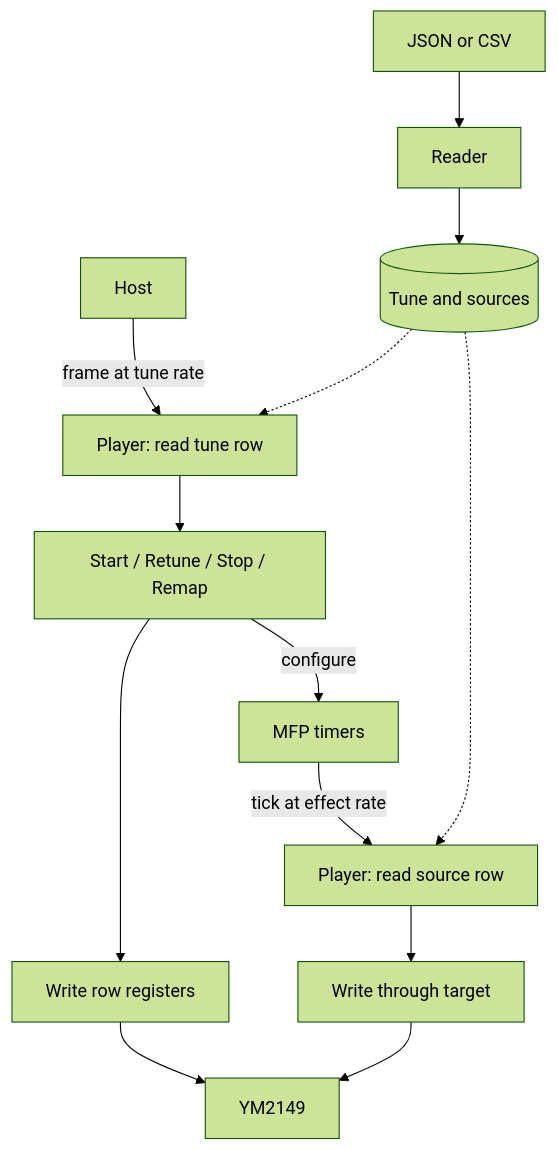
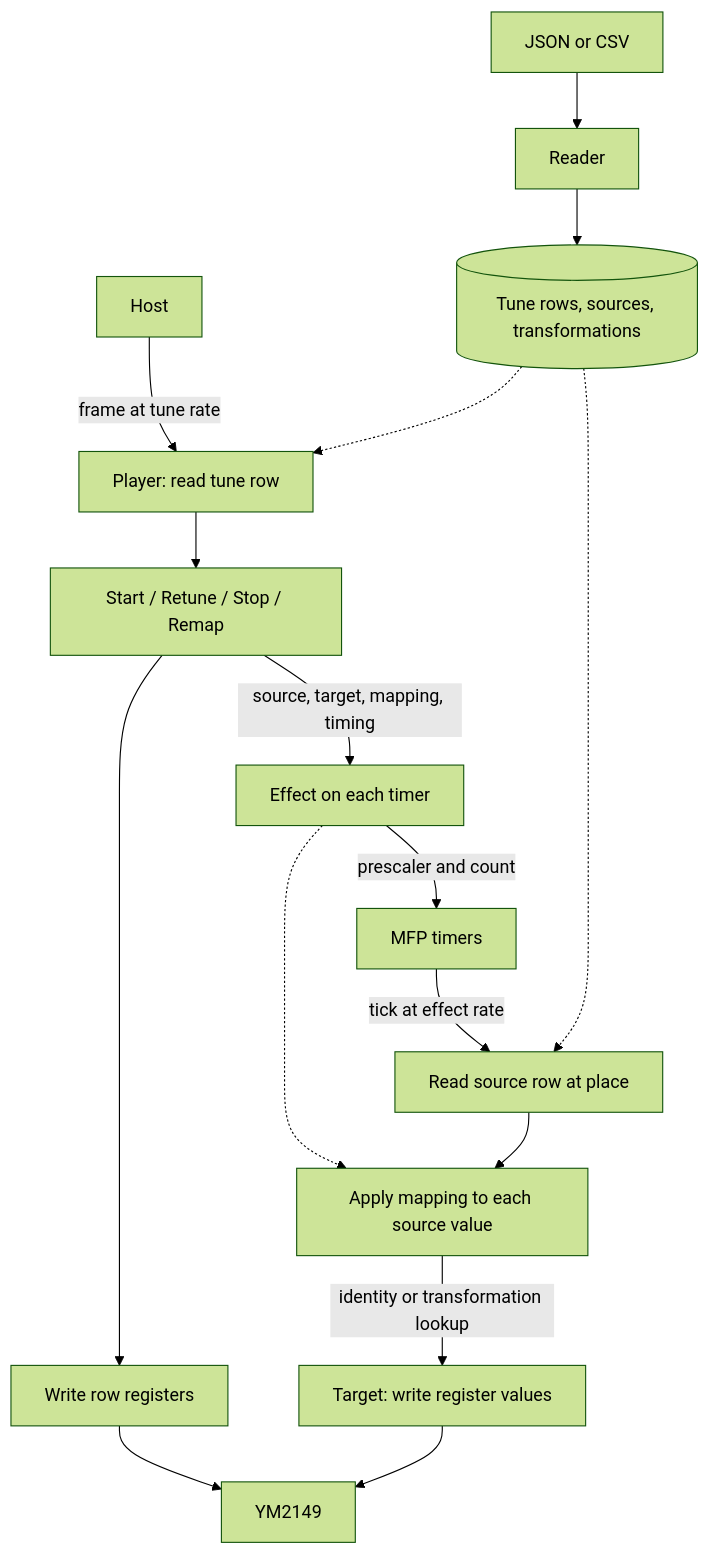
One commit to odipar/YMXS changed the diagram in README.md. Above: the diagram before and after it, drawn with Mermaid (forest theme). The commit also changed other lines of this file and 27 other files, not shown here.

````diff
--- a/README.md
+++ b/README.md
@@ -85,15 +88,18 @@
 ```mermaid
 flowchart TD
     file[JSON or CSV] --> reader[Reader]
-    reader --> data[(Tune and sources)]
+    reader --> data[(Tune rows, sources, transformations)]
     host[Host] -->|frame at tune rate| frame[Player: read tune row]
     data -.-> frame
     frame --> operations[Start / Retune / Stop / Remap]
     operations --> registers[Write row registers]
     registers --> ym[YM2149]
-    operations -->|configure| mfp[MFP timers]
-    mfp -->|tick at effect rate| tick[Player: read source row]
+    operations -->|source, target, mapping, timing| effect[Effect on each timer]
+    effect -->|prescaler and count| mfp[MFP timers]
+    mfp -->|tick at effect rate| tick[Read source row at place]
     data -.-> tick
-    tick --> target[Write through target]
+    effect -.-> mapping[Apply mapping to each source value]
+    tick --> mapping
+    mapping -->|identity or transformation lookup| target[Target: write register values]
     target --> ym
 ```
````
